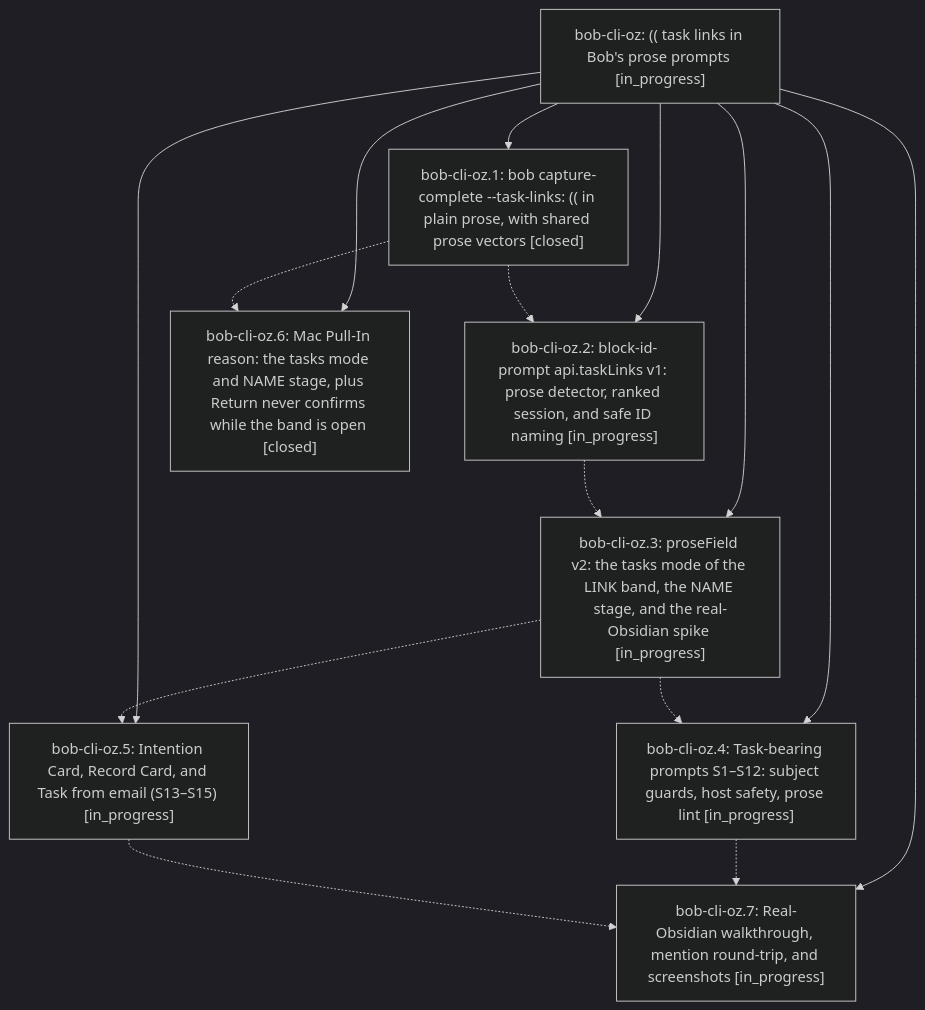
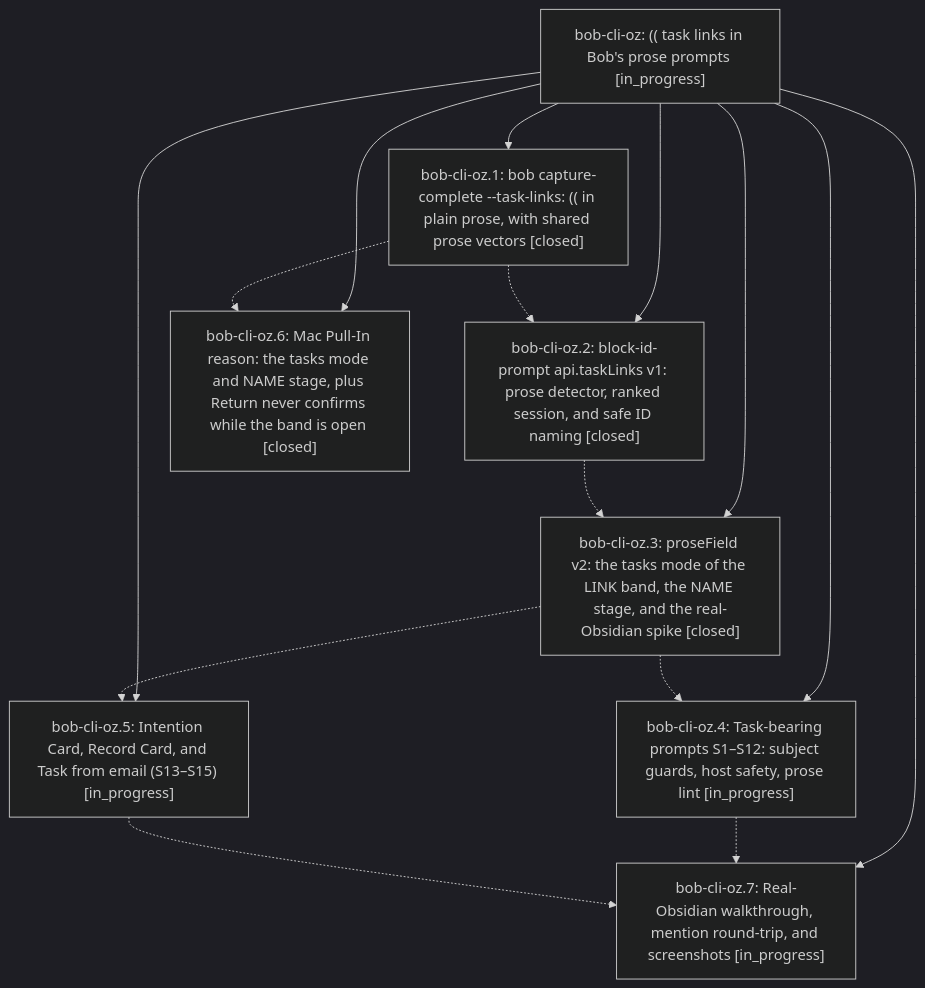
Before and after one commit to bobs-org/bob-cli--beads: the diagram in pages/bob-cli-oz/README.md, drawn with Mermaid (dark theme). The commit also changed other lines of this file and 6 other files, not shown here.

First line of the commit message:
chore(beads): sync bead state and pages for bob-cli-oz

````diff
--- a/pages/bob-cli-oz/README.md
+++ b/pages/bob-cli-oz/README.md
@@ -40,25 +40,25 @@
 ```mermaid
 flowchart TD
     n0["bob-cli-oz: (( task links in Bob's prose prompts [in_progress]"]
     n1["bob-cli-oz.1: bob capture-complete --task-links: (( in plain prose, with shared prose vectors [closed]"]
-    n2["bob-cli-oz.2: block-id-prompt api.taskLinks v1: prose detector, ranked session, and safe ID naming [in_progress]"]
-    n3["bob-cli-oz.3: proseField v2: the tasks mode of the LINK band, the NAME stage, and the real-Obsidian spike [in_progress]"]
+    n2["bob-cli-oz.2: block-id-prompt api.taskLinks v1: prose detector, ranked session, and safe ID naming [closed]"]
+    n3["bob-cli-oz.3: proseField v2: the tasks mode of the LINK band, the NAME stage, and the real-Obsidian spike [closed]"]
     n4["bob-cli-oz.4: Task-bearing prompts S1–S12: subject guards, host safety, prose lint [in_progress]"]
     n5["bob-cli-oz.5: Intention Card, Record Card, and Task from email (S13–S15) [in_progress]"]
     n6["bob-cli-oz.6: Mac Pull-In reason: the tasks mode and NAME stage, plus Return never confirms while the band is open [closed]"]
     n7["bob-cli-oz.7: Real-Obsidian walkthrough, mention round-trip, and screenshots [in_progress]"]
     n0 --> n1
     n0 --> n2
     n0 --> n3
     n0 --> n4
     n0 --> n5
     n0 --> n6
     n0 --> n7
     n1 -.-> n2
     n1 -.-> n6
     n2 -.-> n3
     n3 -.-> n4
     n3 -.-> n5
     n4 -.-> n7
     n5 -.-> n7
 ```
````
